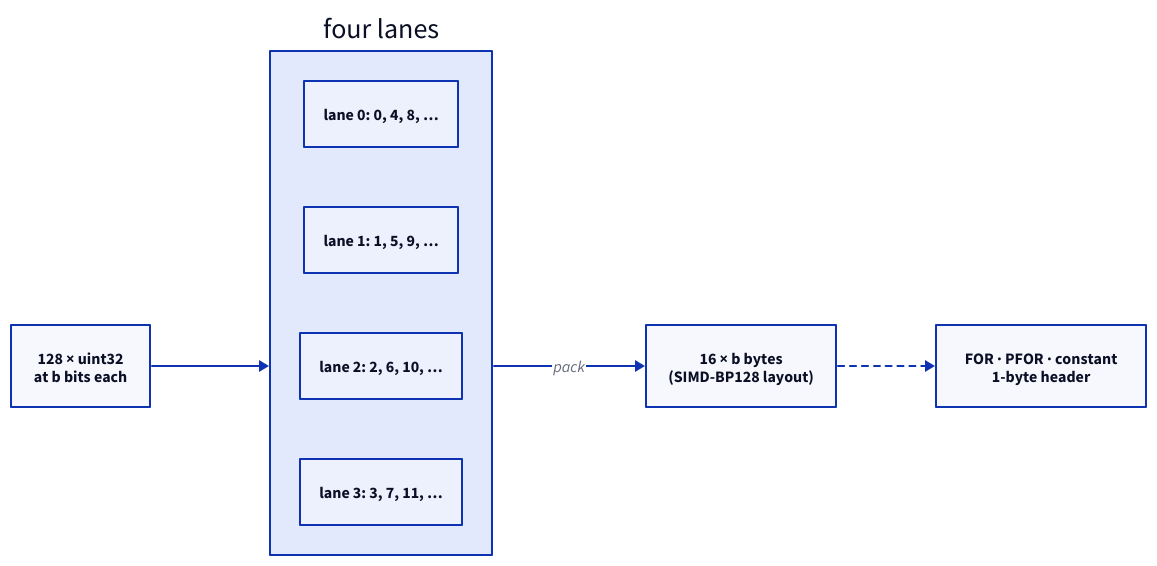
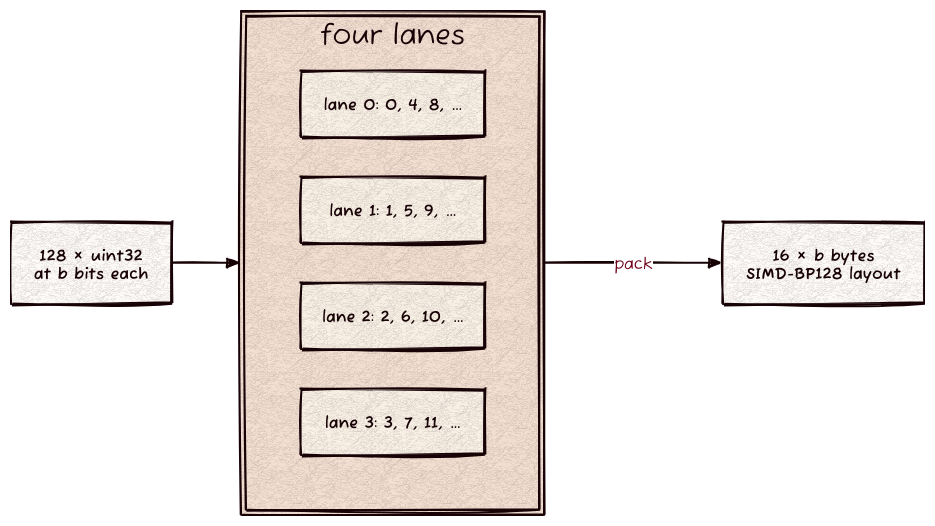
One commit to Kronuz/bitpack changed the diagram in docs/bitpack.d2. Above: the diagram before and after it, drawn with D2. The commit also changed 2 other files, not shown here.

```diff
--- a/docs/bitpack.d2
+++ b/docs/bitpack.d2
@@ -1,21 +1,15 @@
 # bitpack: 128 integers in four lanes; one SIMD register decodes four in order.
 # Render: d2 --layout elk --sketch --theme 302 docs/bitpack.d2 docs/bitpack.svg
+vars: { d2-config: { layout-engine: elk; theme-id: 302; sketch: true; pad: 24 } }
 direction: right
-block: block of 128 {
-  label: "128 × uint32\nat b bits each"
-}
+block: "128 × uint32\nat b bits each"
 lanes: four lanes {
+  grid-columns: 1
   l0: "lane 0: 0, 4, 8, …"
   l1: "lane 1: 1, 5, 9, …"
   l2: "lane 2: 2, 6, 10, …"
   l3: "lane 3: 3, 7, 11, …"
 }
-bytes: 16 × b bytes {
-  label: "16 × b bytes\n(SIMD-BP128 layout)"
-}
-codecs: codecs {
-  label: "FOR · PFOR · constant\n1-byte header"
-}
+bytes: "16 × b bytes\nSIMD-BP128 layout"
 block -> lanes
 lanes -> bytes: "pack"
-bytes -> codecs {style.stroke-dash: 3}
```
